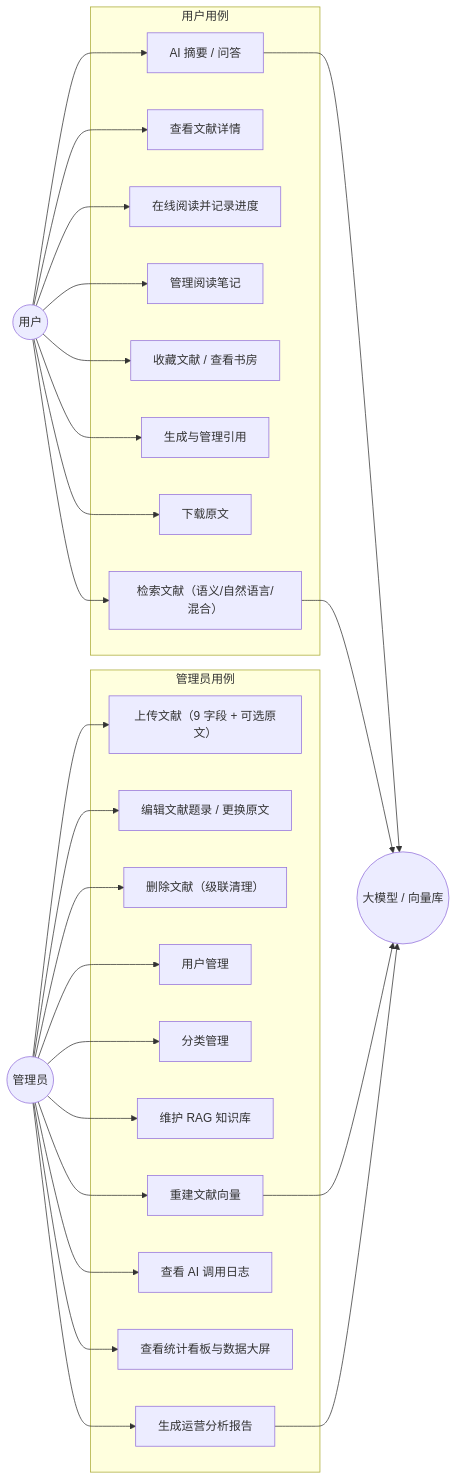
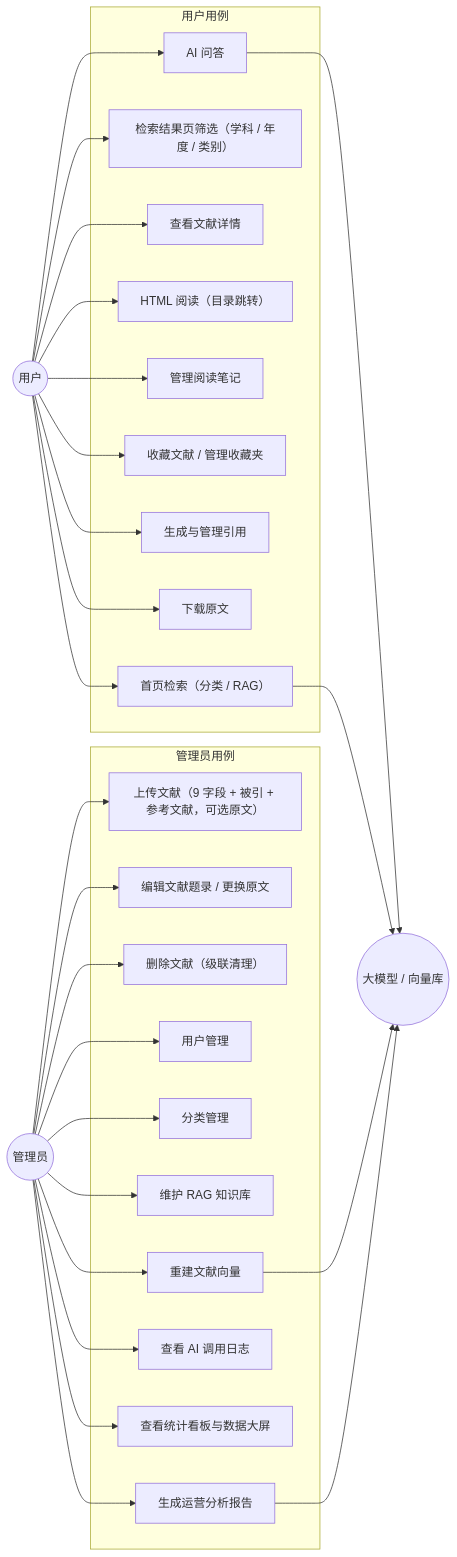
One commit to MaouXY/ScholarMind changed the third of 14 diagrams in doc/AI图书馆文献检索与阅读助手-05-设计图表.md. Above: the diagram before and after it, drawn with Mermaid. The commit also changed other lines of this file and 46 other files, not shown here.

````diff
--- a/doc/AI图书馆文献检索与阅读助手-05-设计图表.md
+++ b/doc/AI图书馆文献检索与阅读助手-05-设计图表.md
@@ -133,37 +140,38 @@
 ```mermaid
 flowchart LR
     USER(("用户"))
     ADMIN(("管理员"))
     AI(("大模型 / 向量库"))
 
     subgraph UC_USER["用户用例"]
-        U1["检索文献（语义/自然语言/混合）"]
-        U2["查看文献详情"]
-        U3["在线阅读并记录进度"]
-        U4["管理阅读笔记"]
-        U5["收藏文献 / 查看书房"]
-        U6["生成与管理引用"]
-        U7["下载原文"]
-        U8["AI 摘要 / 问答"]
+        U1["首页检索（分类 / RAG）"]
+        U2["检索结果页筛选（学科 / 年度 / 类别）"]
+        U3["查看文献详情"]
+        U4["HTML 阅读（目录跳转）"]
+        U5["管理阅读笔记"]
+        U6["收藏文献 / 管理收藏夹"]
+        U7["生成与管理引用"]
+        U8["下载原文"]
+        U9["AI 问答"]
     end
 
     subgraph UC_ADMIN["管理员用例"]
-        A0["上传文献（9 字段 + 可选原文）"]
+        A0["上传文献（9 字段 + 被引 + 参考文献，可选原文）"]
         A1["编辑文献题录 / 更换原文"]
         A2["删除文献（级联清理）"]
         A3["用户管理"]
         A4["分类管理"]
         A5["维护 RAG 知识库"]
         A6["重建文献向量"]
         A7["查看 AI 调用日志"]
         A8["查看统计看板与数据大屏"]
         A9["生成运营分析报告"]
     end
 
-    USER --> U1 & U2 & U3 & U4 & U5 & U6 & U7 & U8
+    USER --> U1 & U2 & U3 & U4 & U5 & U6 & U7 & U8 & U9
     ADMIN --> A0 & A1 & A2 & A3 & A4 & A5 & A6 & A7 & A8 & A9
-    U8 --> AI
+    U9 --> AI
     U1 --> AI
     A6 --> AI
     A9 --> AI
 ```
````
